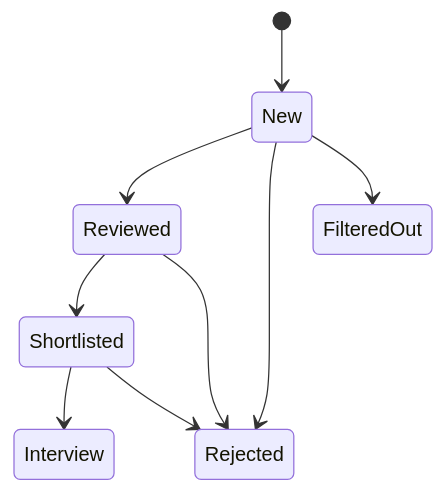
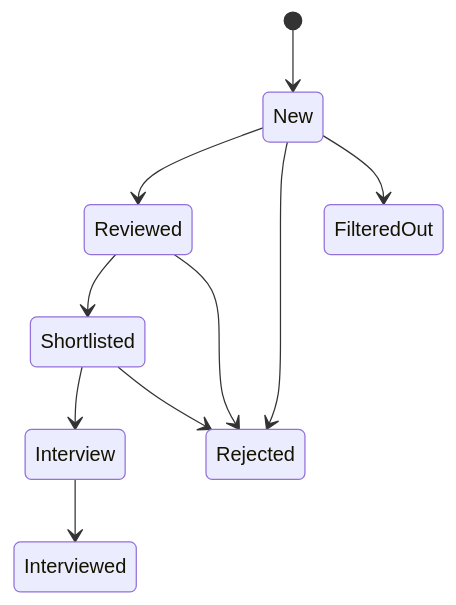
The second of 3 diagrams in README.md (KhawVicky/HR-System), drawn with Mermaid before and after one commit.

````diff
--- a/README.md
+++ b/README.md
@@ -208,11 +208,12 @@
 ```mermaid
 stateDiagram-v2
     [*] --> New
     New --> Reviewed
     Reviewed --> Shortlisted
     Shortlisted --> Interview
+    Interview --> Interviewed
     New --> Rejected
     Reviewed --> Rejected
     Shortlisted --> Rejected
     New --> FilteredOut
 ```
````
